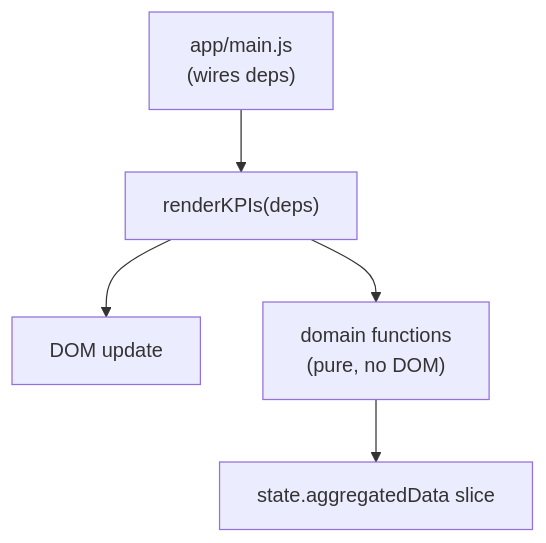
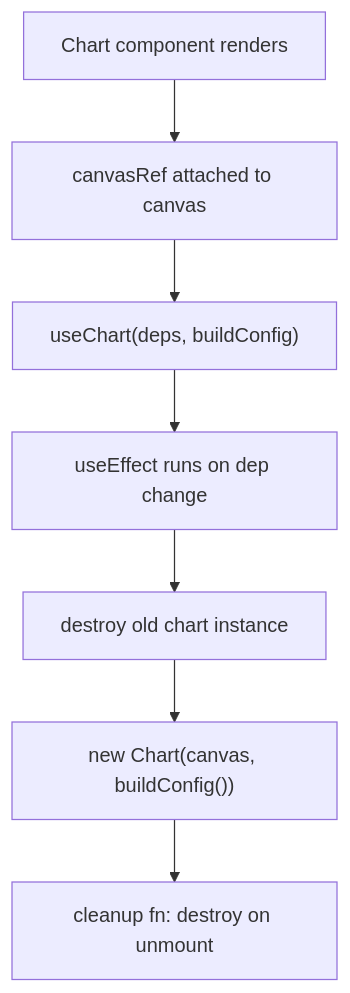
Before and after one commit to kinncj/GitHub-Copilot-Enterprise-Dashboard: the diagram in docs/development.md, drawn with Mermaid. The commit also changed other lines of this file and 54 other files, not shown here.

````diff
--- a/docs/development.md
+++ b/docs/development.md
@@ -166,7 +204,9 @@
 ```mermaid
 flowchart TD
-    main["app/main.js\n(wires deps)"] --> comp["renderKPIs(deps)"]
-    comp --> dom["DOM update"]
-    comp --> domain["domain functions\n(pure, no DOM)"]
-    domain --> data["state.aggregatedData slice"]
+    JSX["Chart component renders"] --> REF["canvasRef attached to canvas"]
+    REF --> HOOK["useChart(deps, buildConfig)"]
+    HOOK --> EFFECT["useEffect runs on dep change"]
+    EFFECT --> DESTROY["destroy old chart instance"]
+    DESTROY --> CREATE["new Chart(canvas, buildConfig())"]
+    CREATE --> CLEANUP["cleanup fn: destroy on unmount"]
 ```
````
